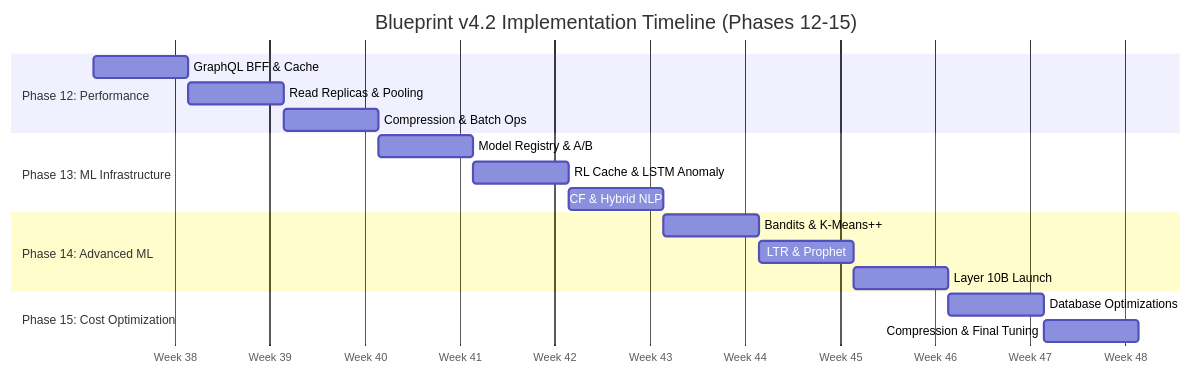
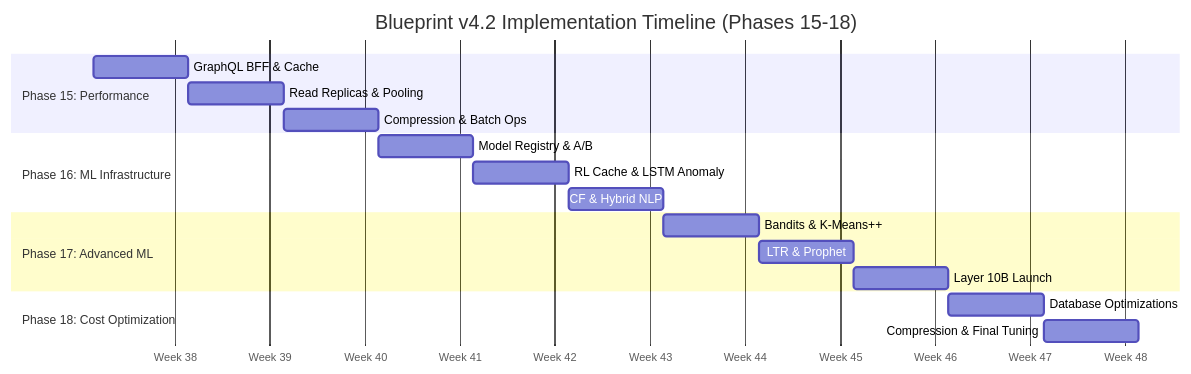
Before and after one commit to dev-Truespend/true-spend-spark: the second of 2 diagrams in docs/architecture/implementation-timeline-v4.2.md, drawn with Mermaid. The commit also changed other lines of this file, not shown here.

````diff
--- a/docs/architecture/implementation-timeline-v4.2.md
+++ b/docs/architecture/implementation-timeline-v4.2.md
@@ -539,25 +638,25 @@
 ```mermaid
 gantt
-    title Blueprint v4.2 Implementation Timeline (Phases 12-15)
+    title Blueprint v4.2 Implementation Timeline (Phases 15-18)
     dateFormat YYYY-MM-DD
     axisFormat Week %U
 
-    section Phase 12: Performance
-    GraphQL BFF & Cache         :p12-1, 2024-09-16, 1w
-    Read Replicas & Pooling     :p12-2, after p12-1, 1w
-    Compression & Batch Ops     :p12-3, after p12-2, 1w
+    section Phase 15: Performance
+    GraphQL BFF & Cache         :p15-1, 2024-09-16, 1w
+    Read Replicas & Pooling     :p15-2, after p15-1, 1w
+    Compression & Batch Ops     :p15-3, after p15-2, 1w
 
-    section Phase 13: ML Infrastructure
-    Model Registry & A/B        :p13-1, after p12-3, 1w
-    RL Cache & LSTM Anomaly     :p13-2, after p13-1, 1w
-    CF & Hybrid NLP             :p13-3, after p13-2, 1w
+    section Phase 16: ML Infrastructure
+    Model Registry & A/B        :p16-1, after p15-3, 1w
+    RL Cache & LSTM Anomaly     :p16-2, after p16-1, 1w
+    CF & Hybrid NLP             :p16-3, after p16-2, 1w
 
-    section Phase 14: Advanced ML
-    Bandits & K-Means++         :p14-1, after p13-3, 1w
-    LTR & Prophet               :p14-2, after p14-1, 1w
-    Layer 10B Launch            :p14-3, after p14-2, 1w
+    section Phase 17: Advanced ML
+    Bandits & K-Means++         :p17-1, after p16-3, 1w
+    LTR & Prophet               :p17-2, after p17-1, 1w
+    Layer 10B Launch            :p17-3, after p17-2, 1w
 
-    section Phase 15: Cost Optimization
-    Database Optimizations      :p15-1, after p14-3, 1w
-    Compression & Final Tuning  :p15-2, after p15-1, 1w
+    section Phase 18: Cost Optimization
+    Database Optimizations      :p18-1, after p17-3, 1w
+    Compression & Final Tuning  :p18-2, after p18-1, 1w
 ```
````
